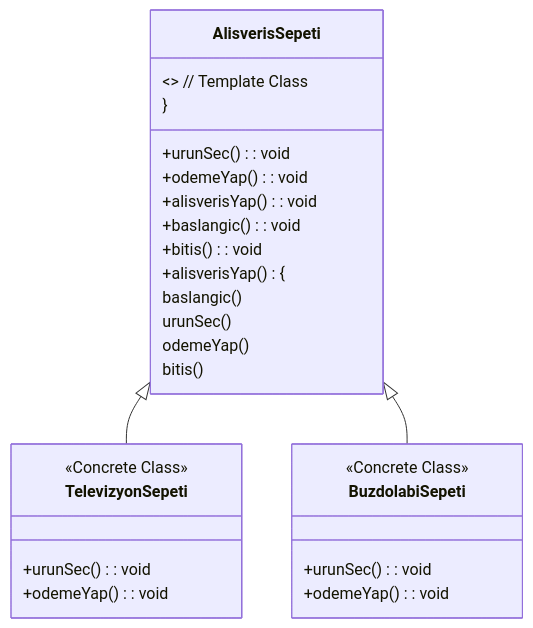
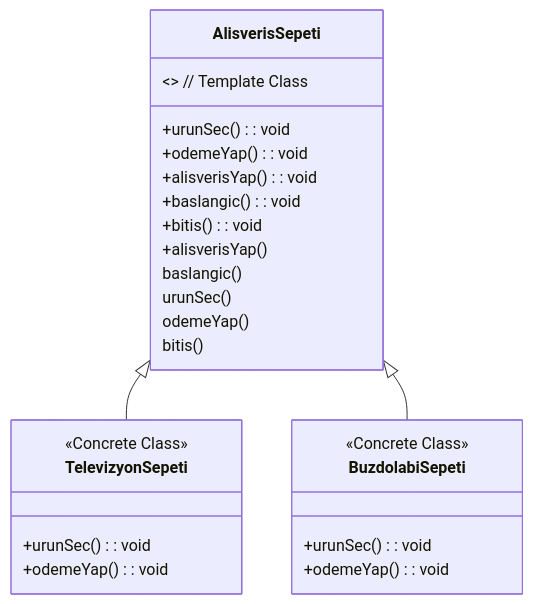
One commit to mcay51/tasarim_desenleri changed the diagram in tr/com/mcay/behavioral/template/README.md. Above: the diagram before and after it, drawn with Mermaid. The commit also changed 4 other files, not shown here.

````diff
--- a/tr/com/mcay/behavioral/template/README.md
+++ b/tr/com/mcay/behavioral/template/README.md
@@ -36,34 +36,34 @@
 ```mermaid
 
   classDiagram
       class AlisverisSepeti {
           <<abstract>> // Template Class
           +urunSec(): void
           +odemeYap(): void
           +alisverisYap(): void
           +baslangic(): void
           +bitis(): void
       }
 
       class TelevizyonSepeti {
           <<Concrete Class>>
           +urunSec(): void
           +odemeYap(): void
       }
 
       class BuzdolabiSepeti {
           <<Concrete Class>>
           +urunSec(): void
           +odemeYap(): void
       }
 
       AlisverisSepeti <|-- TelevizyonSepeti
       AlisverisSepeti <|-- BuzdolabiSepeti
 
-      AlisverisSepeti : +alisverisYap() {
+      AlisverisSepeti : +alisverisYap() 
       AlisverisSepeti :   baslangic()
       AlisverisSepeti :   urunSec()
       AlisverisSepeti :   odemeYap()
       AlisverisSepeti :   bitis()
-      AlisverisSepeti : }
+      AlisverisSepeti : 
 ```
````
